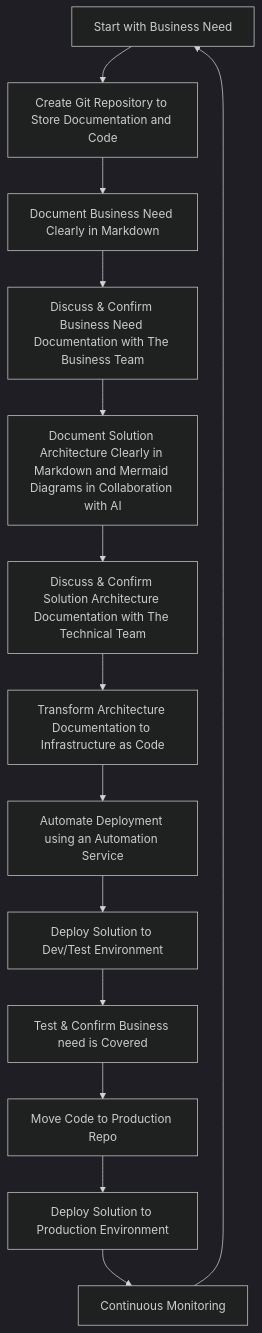
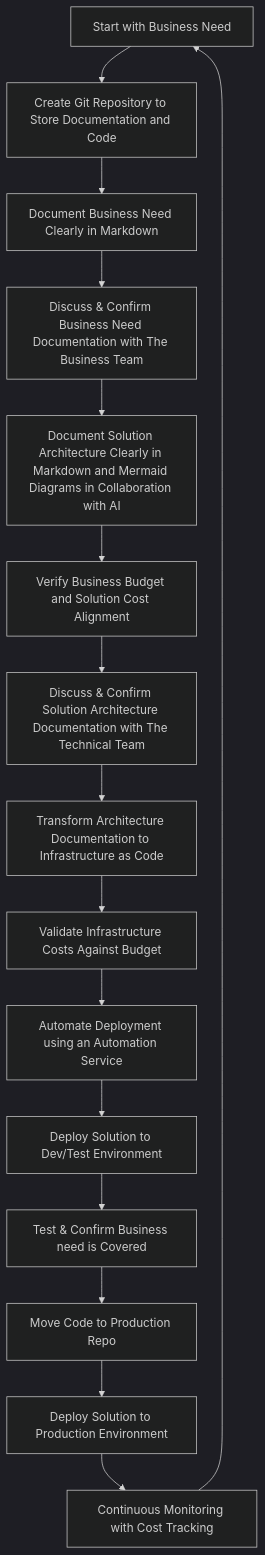
Before and after one commit to samirgonzalez/framework: the diagram in README.md, drawn with Mermaid (dark theme). The commit also changed other lines of this file and 1 other file, not shown here.

````diff
--- a/README.md
+++ b/README.md
@@ -52,16 +52,18 @@
 ```mermaid
 graph TD
     A[Start with Business Need] --> B[Create Git Repository to Store Documentation and Code]
     B --> C[Document Business Need Clearly in Markdown]
     C --> D[Discuss & Confirm Business Need Documentation with The Business Team]
     D --> E[Document Solution Architecture Clearly in Markdown and Mermaid Diagrams in Collaboration with AI]
-    E --> F[Discuss & Confirm Solution Architecture Documentation with The Technical Team]
-    F --> G[Transform Architecture Documentation to Infrastructure as Code]
-    G --> H[Automate Deployment using an Automation Service]
-    H --> I[Deploy Solution to Dev/Test Environment]
-    I --> J[Test & Confirm Business need is Covered]
-    J --> K[Move Code to Production Repo]
-    K --> L[Deploy Solution to Production Environment]
-    L --> M[Continuous Monitoring]
-    M --> A
+    E --> F[Verify Business Budget and Solution Cost Alignment]
+    F --> G[Discuss & Confirm Solution Architecture Documentation with The Technical Team]
+    G --> H[Transform Architecture Documentation to Infrastructure as Code]
+    H --> I[Validate Infrastructure Costs Against Budget]
+    I --> J[Automate Deployment using an Automation Service]
+    J --> K[Deploy Solution to Dev/Test Environment]
+    K --> L[Test & Confirm Business need is Covered]
+    L --> M[Move Code to Production Repo]
+    M --> N[Deploy Solution to Production Environment]
+    N --> O[Continuous Monitoring with Cost Tracking]
+    O --> A
 ```
````
